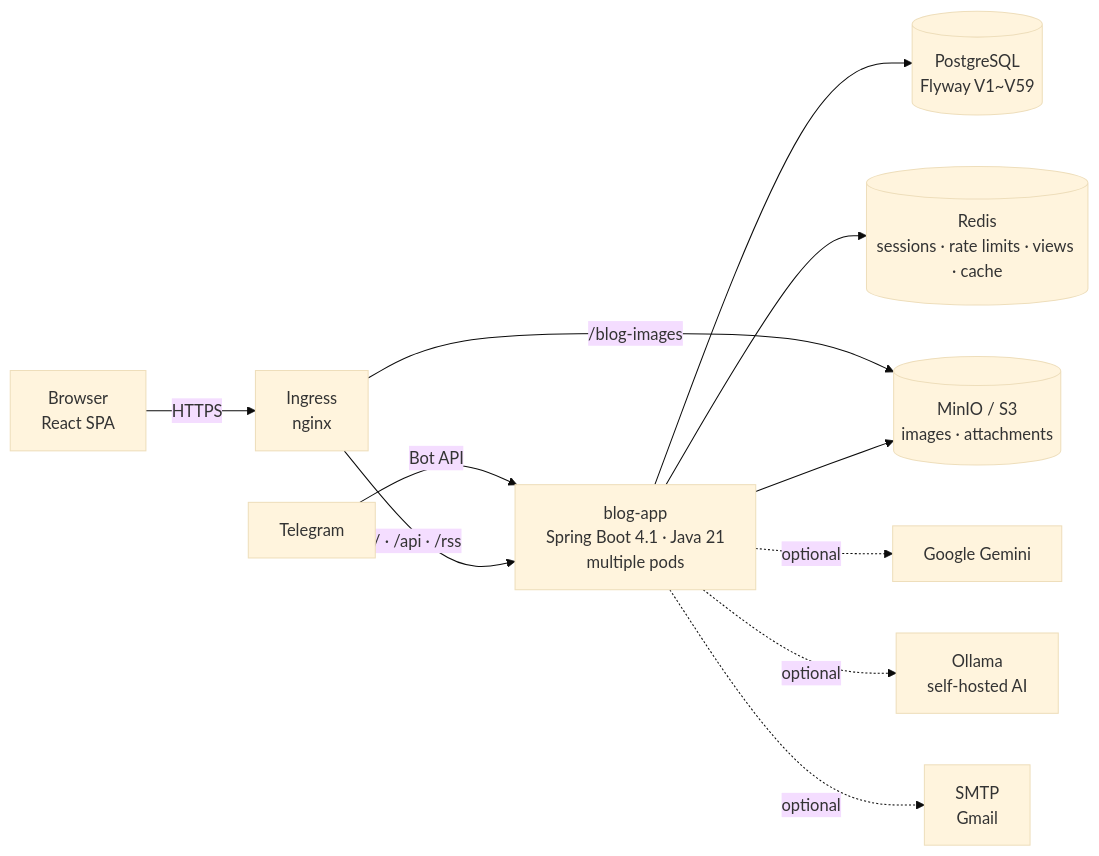
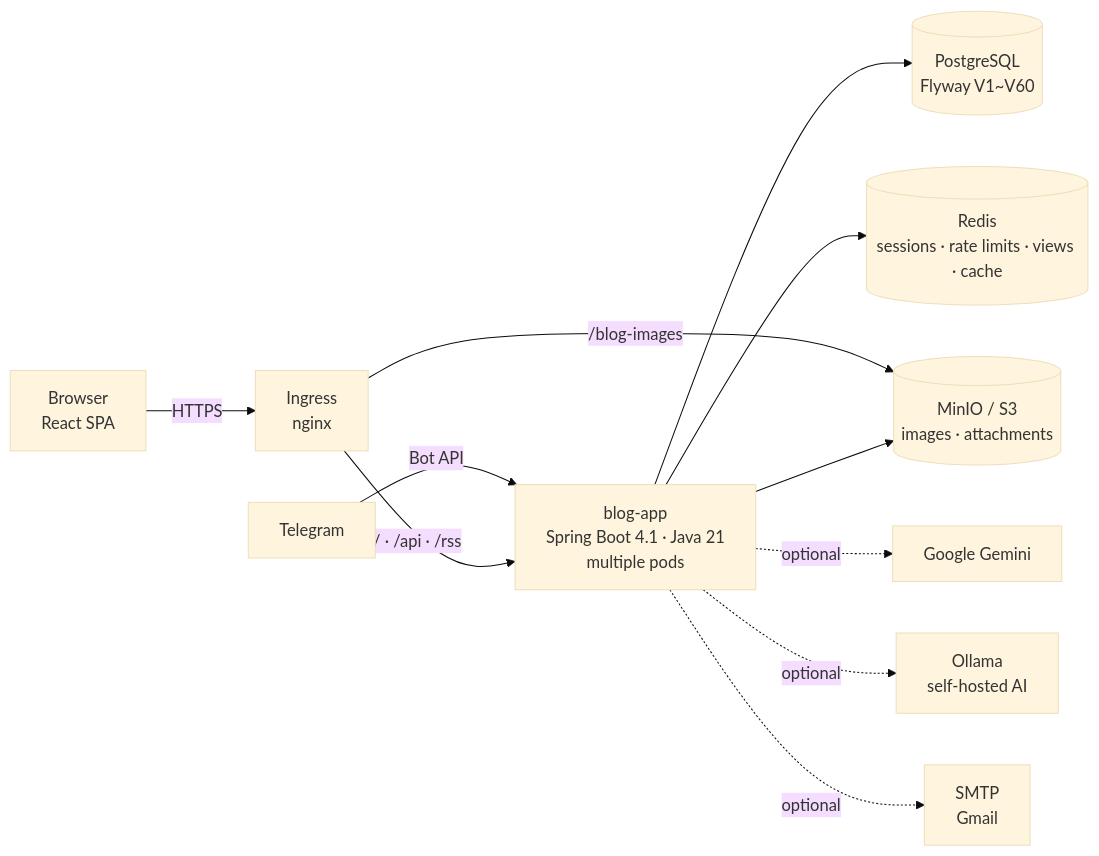
Before and after one commit to AIGJ-01-002-blog/devlog: the first of 3 diagrams in README.en.md, drawn with Mermaid (base theme). The commit also changed other lines of this file and 26 other files, not shown here.

````diff
--- a/README.en.md
+++ b/README.en.md
@@ -163,13 +163,13 @@
 ```mermaid
 flowchart LR
     B[Browser<br/>React SPA] -->|HTTPS| I[Ingress<br/>nginx]
     T[Telegram] -->|Bot API| A
     I -->|/ · /api · /rss| A[blog-app<br/>Spring Boot 4.1 · Java 21<br/>multiple pods]
     I -->|/blog-images| M[(MinIO / S3<br/>images · attachments)]
-    A --> P[(PostgreSQL<br/>Flyway V1~V59)]
+    A --> P[(PostgreSQL<br/>Flyway V1~V60)]
     A --> R[(Redis<br/>sessions · rate limits · views · cache)]
     A --> M
     A -.optional.-> G[Google Gemini]
     A -.optional.-> O[Ollama<br/>self-hosted AI]
     A -.optional.-> S[SMTP<br/>Gmail]
 ```
````
